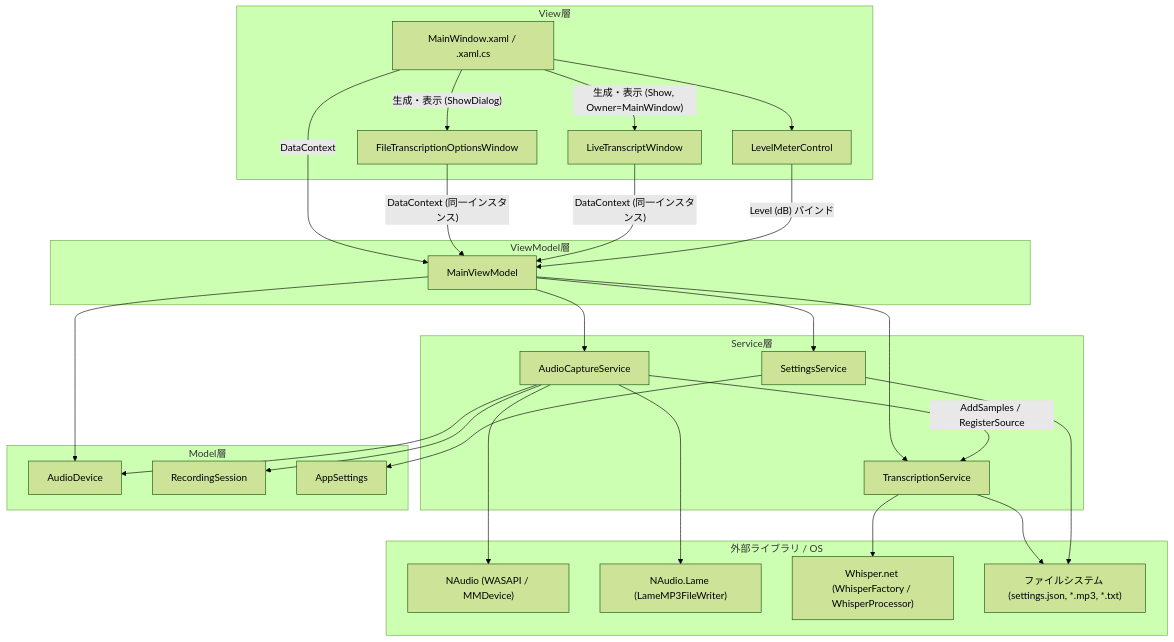
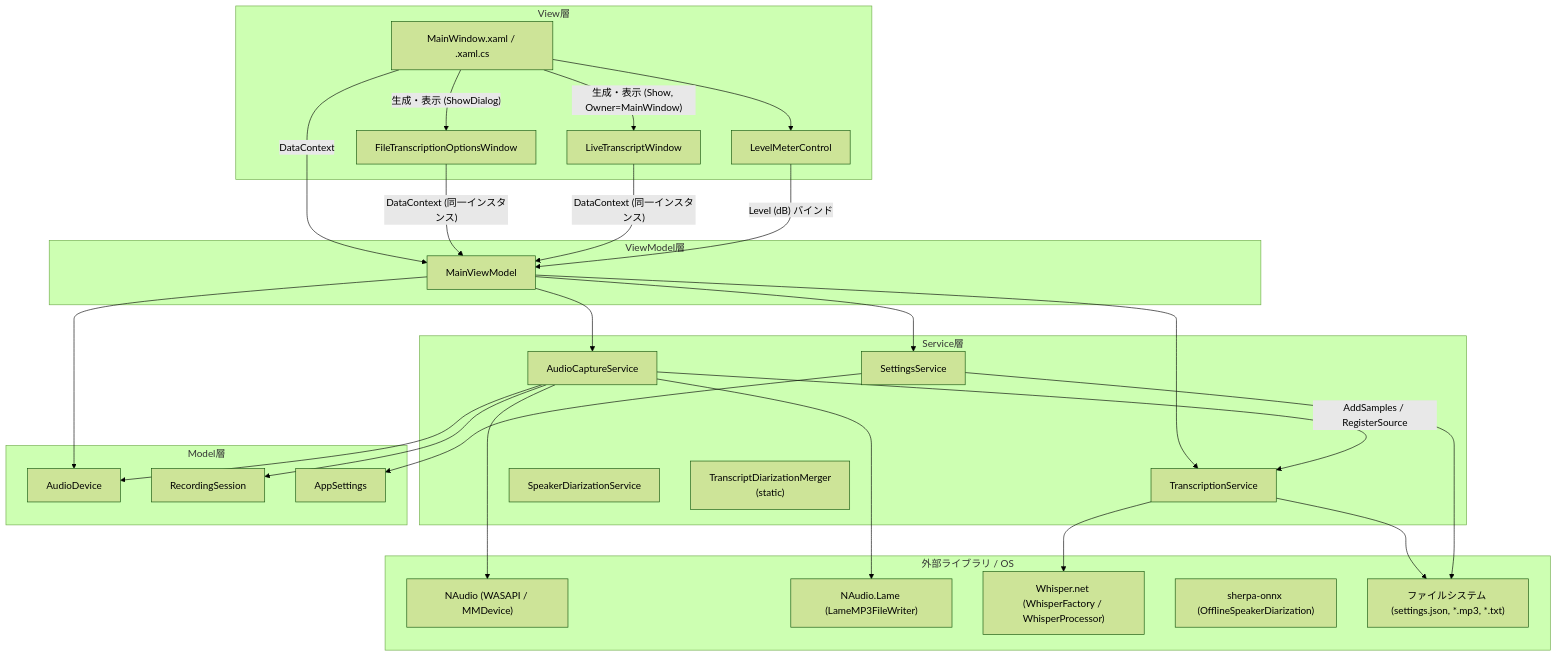
The first of 4 diagrams in docs/spec/02_architecture.md (otomac/audio-capture-app), drawn with Mermaid (forest theme) before and after one commit. The commit also changed other lines of this file and 20 other files, not shown here.

First line of the commit message:
T115 話者ダイアライゼーションを sherpa-onnx で導入する

````diff
--- a/docs/spec/02_architecture.md
+++ b/docs/spec/02_architecture.md
@@ -19,57 +20,61 @@
 ```mermaid
 graph TB
     subgraph View["View層"]
         MW["MainWindow.xaml / .xaml.cs"]
         FTW["FileTranscriptionOptionsWindow"]
         LTW["LiveTranscriptWindow"]
         LMC["LevelMeterControl"]
     end
 
     subgraph ViewModel["ViewModel層"]
         MVM["MainViewModel"]
     end
 
     subgraph Service["Service層"]
         ACS["AudioCaptureService"]
         TS["TranscriptionService"]
+        SDS["SpeakerDiarizationService"]
+        TDM["TranscriptDiarizationMerger
+(static)"]
         SS["SettingsService"]
     end
 
     subgraph Model["Model層"]
         AD["AudioDevice"]
         RS["RecordingSession"]
         AS["AppSettings"]
     end
 
     subgraph External["外部ライブラリ / OS"]
         NAudio["NAudio (WASAPI / MMDevice)"]
         Lame["NAudio.Lame (LameMP3FileWriter)"]
         Whisper["Whisper.net (WhisperFactory / WhisperProcessor)"]
+        Sherpa["sherpa-onnx (OfflineSpeakerDiarization)"]
         FS["ファイルシステム (settings.json, *.mp3, *.txt)"]
     end
 
     MW -->|"DataContext"| MVM
     MW -->|"生成・表示 (ShowDialog)"| FTW
     MW -->|"生成・表示 (Show, Owner=MainWindow)"| LTW
     FTW -->|"DataContext (同一インスタンス)"| MVM
     LTW -->|"DataContext (同一インスタンス)"| MVM
     MW --> LMC
     LMC -->|"Level (dB) バインド"| MVM
 
     MVM --> ACS
     MVM --> TS
     MVM --> SS
     MVM --> AD
 
     ACS --> RS
     ACS --> AD
     ACS -->|"AddSamples / RegisterSource"| TS
     ACS --> NAudio
     ACS --> Lame
 
     TS --> Whisper
     TS --> FS
 
     SS --> AS
     SS --> FS
 ```
````
